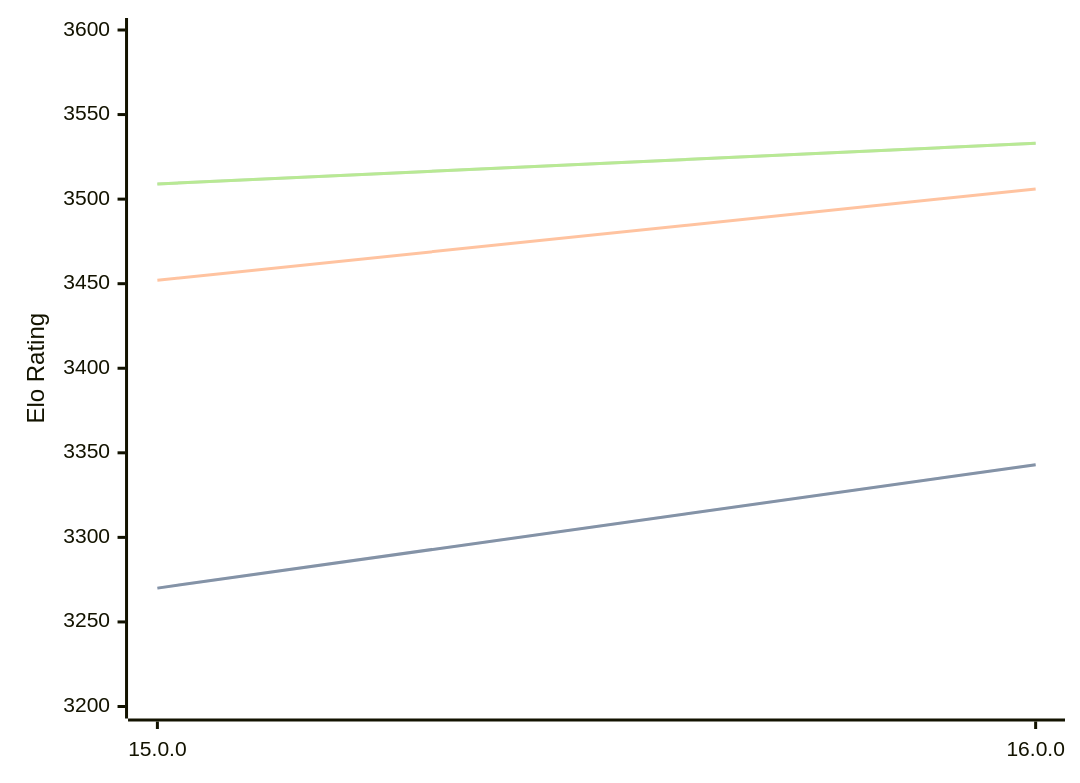
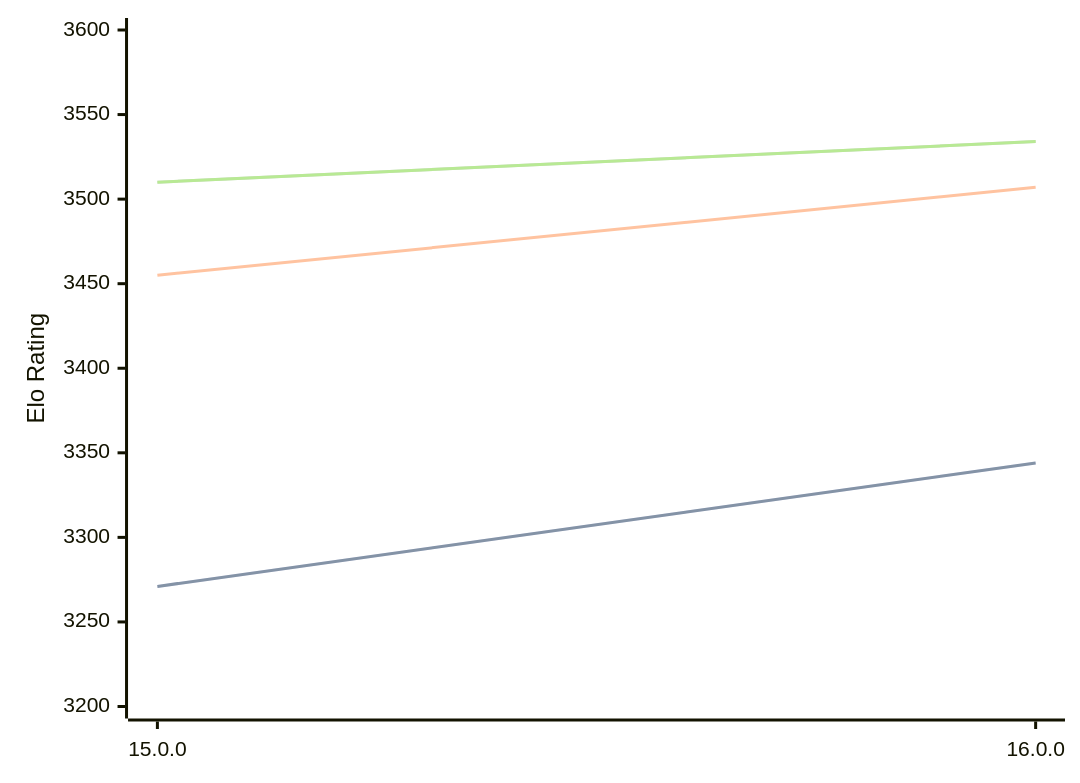
One commit to computer-chess-index/cci changed the diagram in engines/Halogen.md. Above: the diagram before and after it, drawn with Mermaid. The commit also changed other lines of this file, not shown here.

Commit message:
Update CCI Ratings (ELO VLTC) - 2026-06-11

````diff
--- a/engines/Halogen.md
+++ b/engines/Halogen.md
@@ -50,11 +50,11 @@
 ```mermaid
 %%{init: {"theme":"base","themeVariables":{"seriesColors:['#a3a3a3','#222221','#faa371']}}}%%
 xychart-beta
   x-axis ["15.0.0", "16.0.0"]
   y-axis "Elo Rating" 3200 --> 3600
-  line "STC (8.0+0.08s)" [3270, 3343]
-  line "STC (8.0+0.08s)" [3270, 3343]
-  line "LTC (60.0+0.60s)" [3452, 3506]
-  line "VLTC (2m24s+1.12s)" [3509, 3533]
-  line "VLTC (2m24s+1.12s)" [3509, 3533]
+  line "STC (8.0+0.08s)" [3271, 3344]
+  line "STC (8.0+0.08s)" [3271, 3344]
+  line "LTC (60.0+0.60s)" [3455, 3507]
+  line "VLTC (2m24s+1.12s)" [3510, 3534]
+  line "VLTC (2m24s+1.12s)" [3510, 3534]
 ```
````
